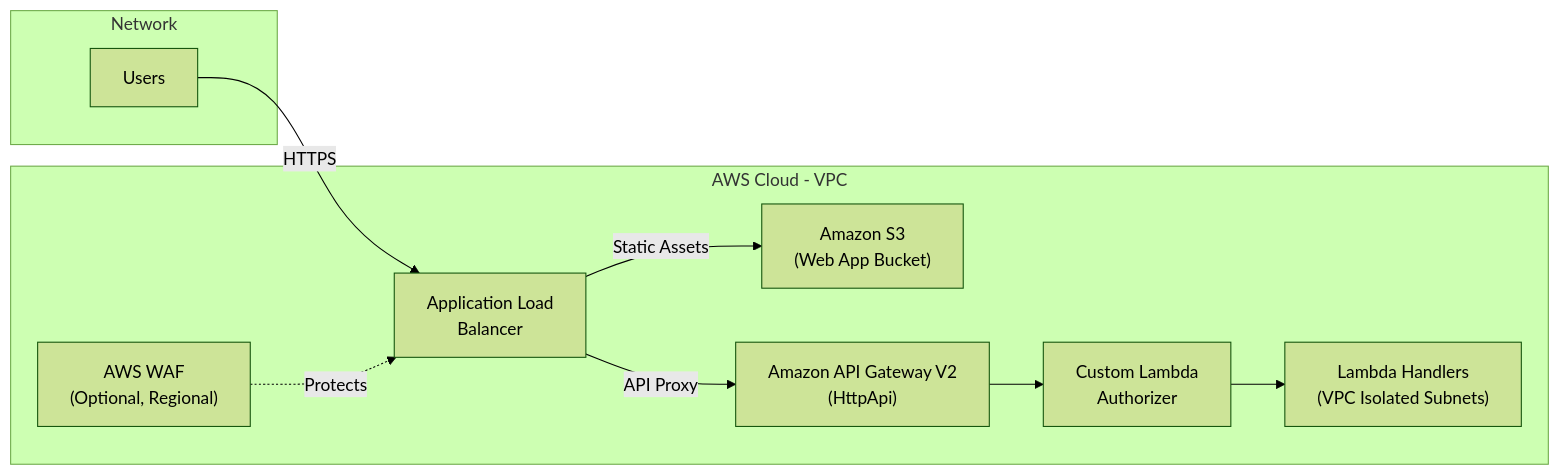
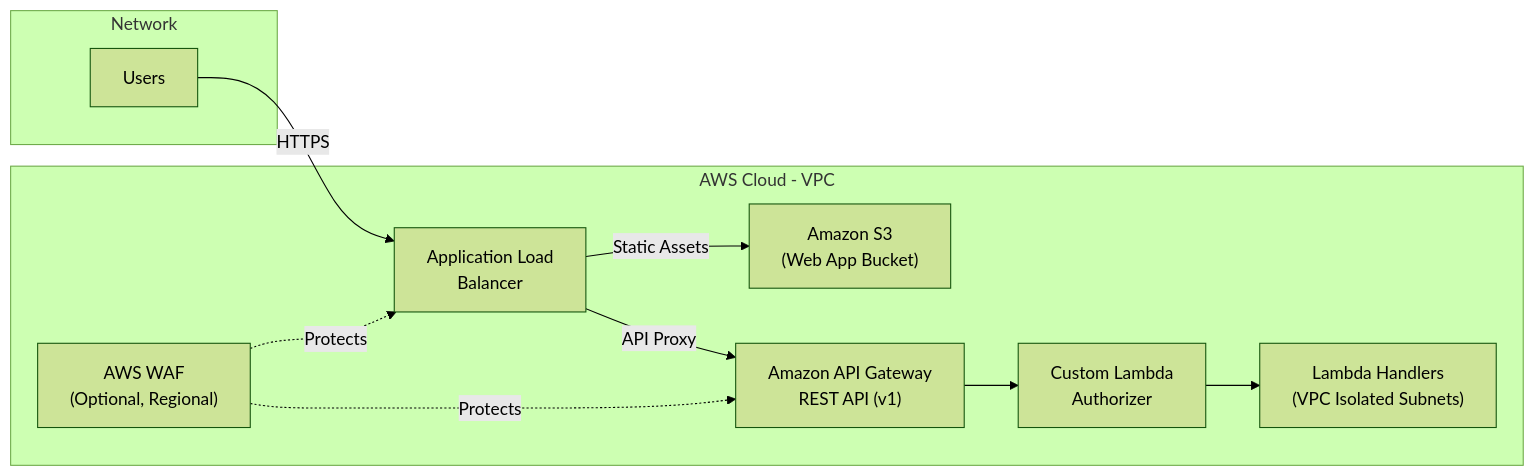
One commit to awslabs/visual-asset-management-system changed the second of 3 diagrams in documentation/docusaurus-site/docs/architecture/networking.md. Above: the diagram before and after it, drawn with Mermaid (forest theme). The commit also changed other lines of this file and 2239 other files, not shown here.

````diff
--- a/documentation/docusaurus-site/docs/architecture/networking.md
+++ b/documentation/docusaurus-site/docs/architecture/networking.md
@@ -47,22 +50,23 @@
 ```mermaid
 graph LR
     subgraph Network
         USER["Users"]
     end
 
     subgraph AWS Cloud - VPC
         ALB["Application Load<br/>Balancer"]
         WAF["AWS WAF<br/>(Optional, Regional)"]
         S3W["Amazon S3<br/>(Web App Bucket)"]
-        APIGW["Amazon API Gateway V2<br/>(HttpApi)"]
+        APIGW["Amazon API Gateway<br/>REST API (v1)"]
         AUTH["Custom Lambda<br/>Authorizer"]
         HANDLERS["Lambda Handlers<br/>(VPC Isolated Subnets)"]
     end
 
     USER -->|HTTPS| ALB
     WAF -.->|Protects| ALB
+    WAF -.->|Protects| APIGW
     ALB -->|Static Assets| S3W
     ALB -->|API Proxy| APIGW
     APIGW --> AUTH
     AUTH --> HANDLERS
 ```
````
